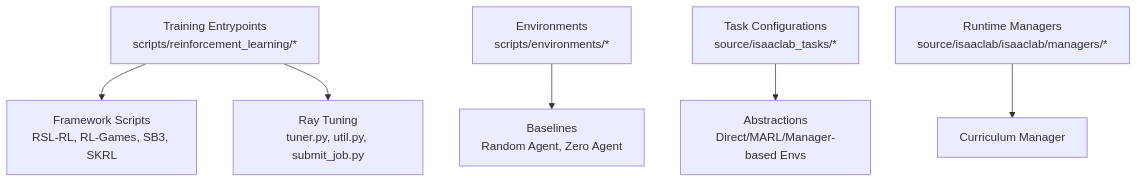
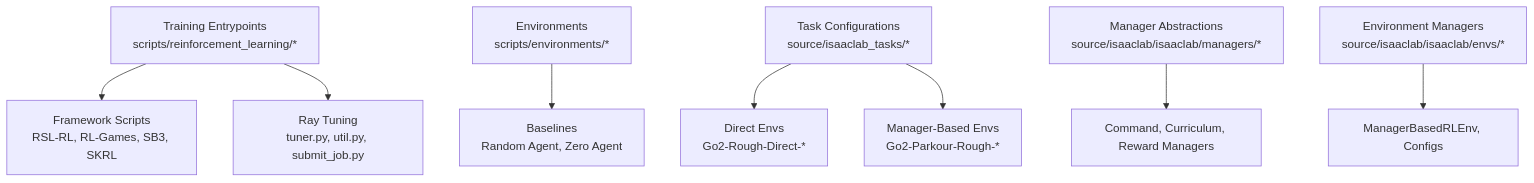
The first of 10 diagrams in .qoder/repowiki/en/content/Training and Experimentation/Training and Experimentation.md (jayjayhust/extreme-quadruped-parkour), drawn with Mermaid before and after one commit. The commit also changed other lines of this file and 444 other files, not shown here.

````diff
--- a/.qoder/repowiki/en/content/Training and Experimentation/Training and Experimentation.md
+++ b/.qoder/repowiki/en/content/Training and Experimentation/Training and Experimentation.md
@@ -42,8 +56,10 @@
 ```mermaid
 graph TB
 A["Training Entrypoints<br/>scripts/reinforcement_learning/*"] --> B["Framework Scripts<br/>RSL-RL, RL-Games, SB3, SKRL"]
 A --> C["Ray Tuning<br/>tuner.py, util.py, submit_job.py"]
 D["Environments<br/>scripts/environments/*"] --> E["Baselines<br/>Random Agent, Zero Agent"]
-F["Task Configurations<br/>source/isaaclab_tasks/*"] --> G["Abstractions<br/>Direct/MARL/Manager-based Envs"]
-H["Runtime Managers<br/>source/isaaclab/isaaclab/managers/*"] --> I["Curriculum Manager"]
+F["Task Configurations<br/>source/isaaclab_tasks/*"] --> G["Direct Envs<br/>Go2-Rough-Direct-*"]
+F --> H["Manager-Based Envs<br/>Go2-Parkour-Rough-*"]
+I["Manager Abstractions<br/>source/isaaclab/isaaclab/managers/*"] --> J["Command, Curriculum, Reward Managers"]
+K["Environment Managers<br/>source/isaaclab/isaaclab/envs/*"] --> L["ManagerBasedRLEnv, Configs"]
 ```
````
